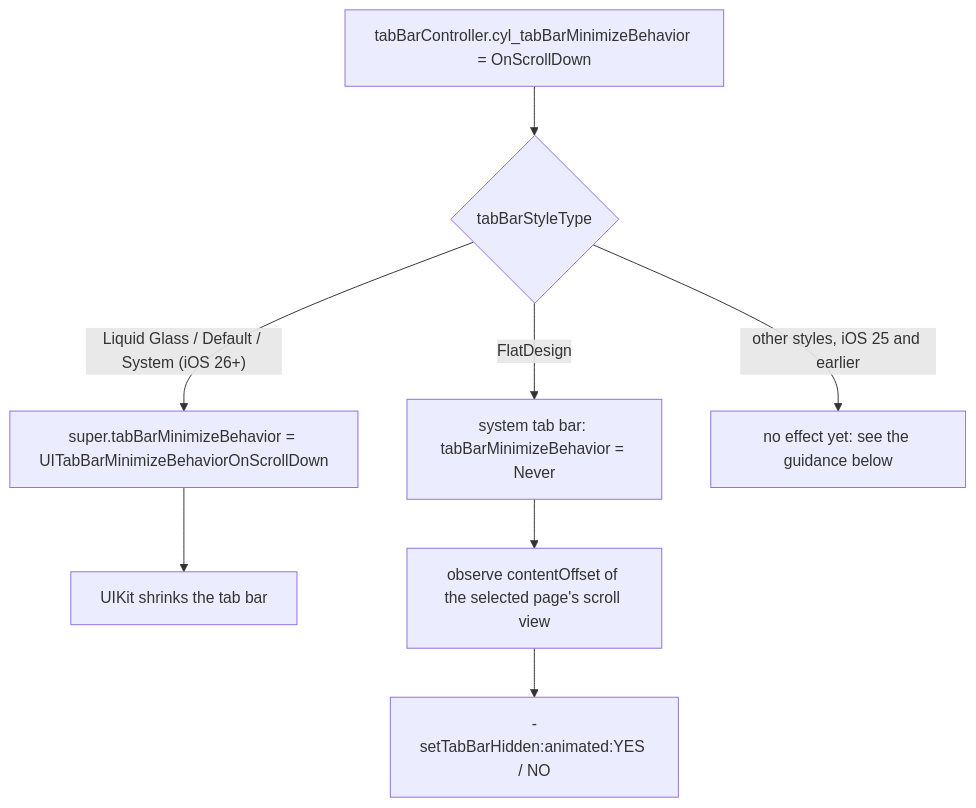
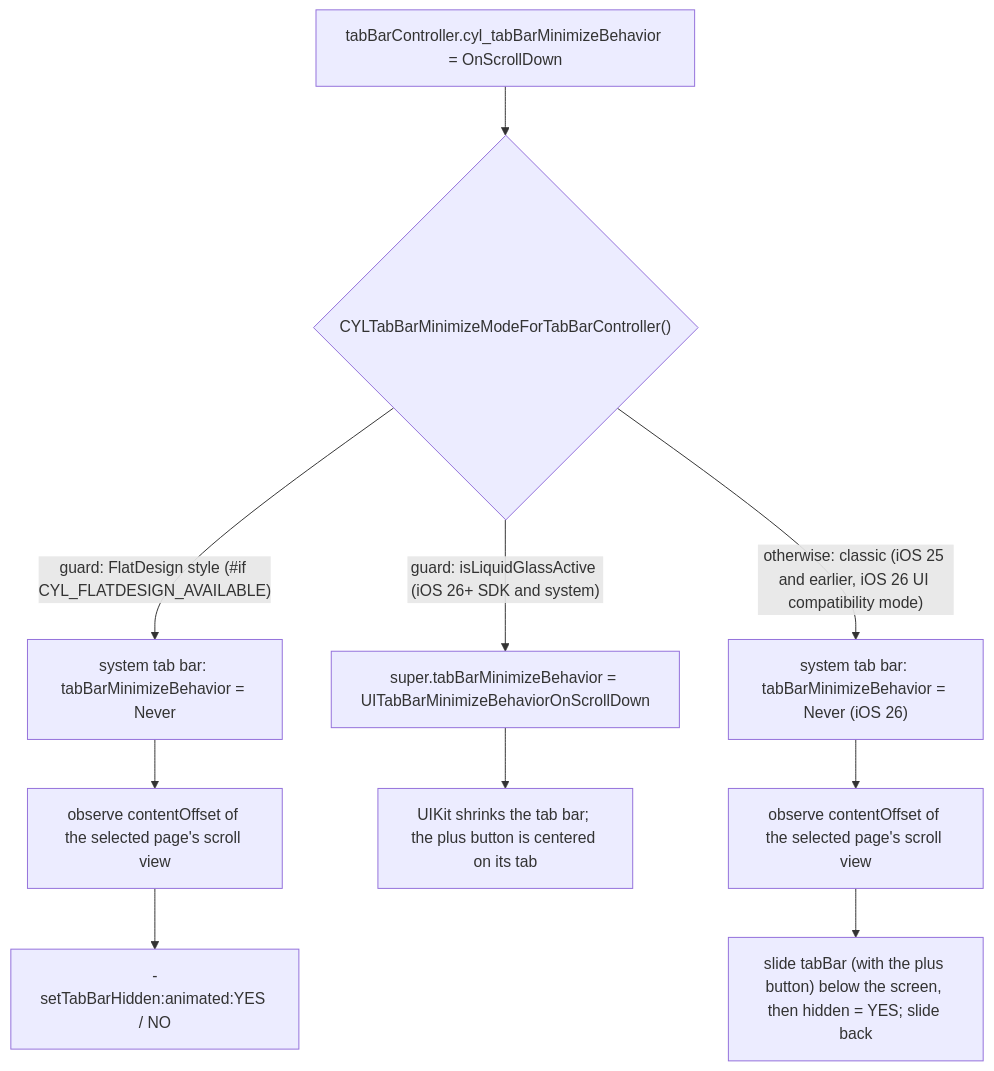
Before and after one commit to ChenYilong/CYLTabBarController: the first of 2 diagrams in docs/TabBar-Minimize-On-Scroll.md, drawn with Mermaid. The commit also changed other lines of this file and 38 other files, not shown here.

````diff
--- a/docs/TabBar-Minimize-On-Scroll.md
+++ b/docs/TabBar-Minimize-On-Scroll.md
@@ -99,10 +99,12 @@
 ```mermaid
 flowchart TD
-    A["tabBarController.cyl_tabBarMinimizeBehavior = OnScrollDown"] --> B{"tabBarStyleType"}
-    B -->|"Liquid Glass / Default / System (iOS 26+)"| C["super.tabBarMinimizeBehavior = UITabBarMinimizeBehaviorOnScrollDown"]
-    C --> D["UIKit shrinks the tab bar"]
-    B -->|"FlatDesign"| E["system tab bar: tabBarMinimizeBehavior = Never"]
+    A["tabBarController.cyl_tabBarMinimizeBehavior = OnScrollDown"] --> B{"CYLTabBarMinimizeModeForTabBarController()"}
+    B -->|"guard: FlatDesign style (#if CYL_FLATDESIGN_AVAILABLE)"| E["system tab bar: tabBarMinimizeBehavior = Never"]
     E --> F["observe contentOffset of the selected page's scroll view"]
     F --> G["-setTabBarHidden:animated:YES / NO"]
-    B -->|"other styles, iOS 25 and earlier"| H["no effect yet: see the guidance below"]
+    B -->|"guard: isLiquidGlassActive (iOS 26+ SDK and system)"| C["super.tabBarMinimizeBehavior = UITabBarMinimizeBehaviorOnScrollDown"]
+    C --> D["UIKit shrinks the tab bar; the plus button is centered on its tab"]
+    B -->|"otherwise: classic (iOS 25 and earlier, iOS 26 UI compatibility mode)"| H["system tab bar: tabBarMinimizeBehavior = Never (iOS 26)"]
+    H --> I["observe contentOffset of the selected page's scroll view"]
+    I --> J["slide tabBar (with the plus button) below the screen, then hidden = YES; slide back"]
 ```
````
